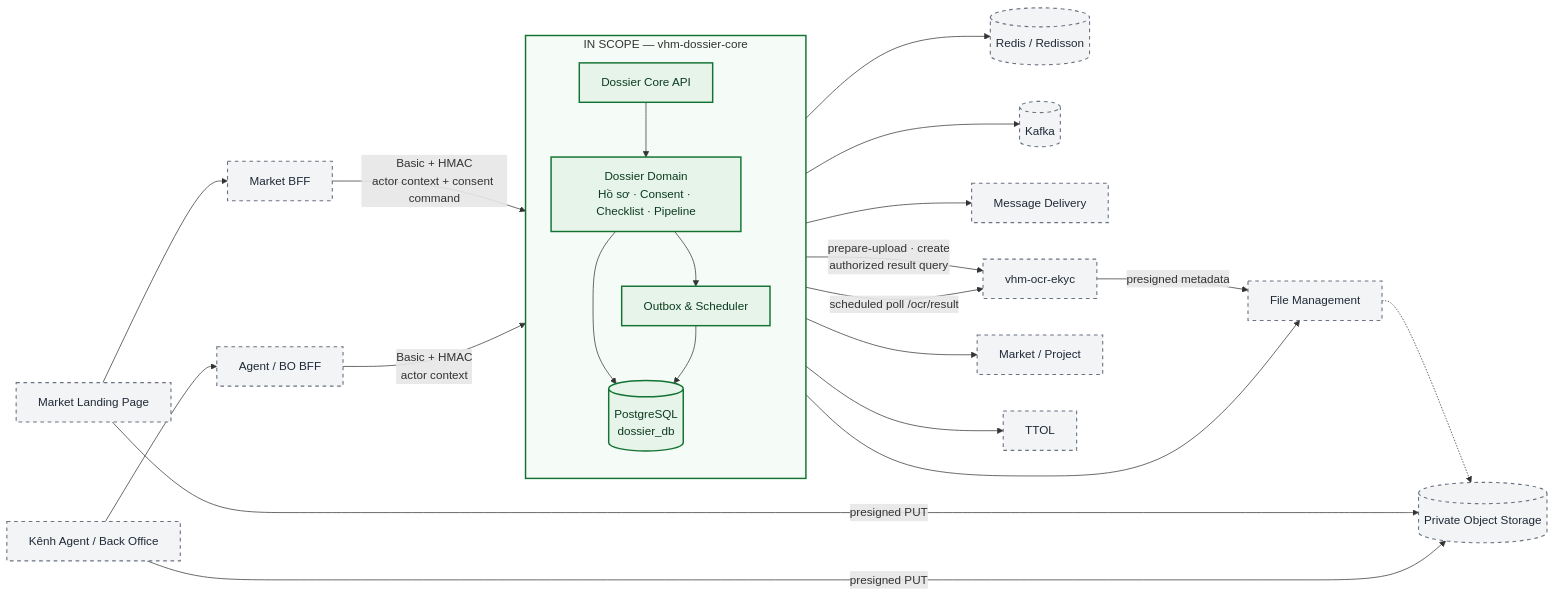
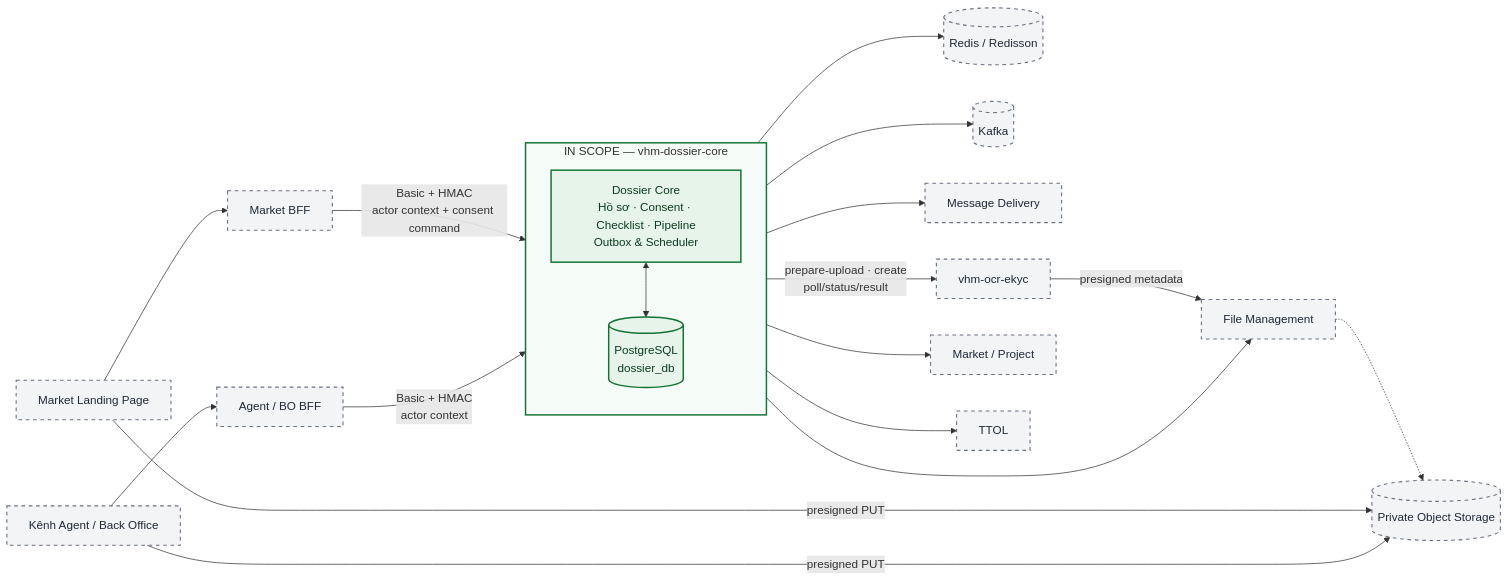
The second of 16 diagrams in tdd-dossier.md (huynv-xyz/vhm), drawn with Mermaid before and after one commit. The commit also changed other lines of this file, not shown here.

````diff
--- a/tdd-dossier.md
+++ b/tdd-dossier.md
@@ -241,40 +241,34 @@
 ```mermaid
 flowchart LR
     classDef inScope fill:#E6F4EA,stroke:#137333,stroke-width:2px,color:#0D3B1E
     classDef external fill:#F3F4F6,stroke:#6B7280,stroke-width:1.5px,stroke-dasharray:5 5,color:#1F2937
 
     Landing[Market Landing Page] --> MBFF[Market BFF]
     Channel[Kênh Agent / Back Office] --> ABFF[Agent / BO BFF]
 
     subgraph SCOPE[IN SCOPE — vhm-dossier-core]
         direction TB
-        API[Dossier Core API]
-        DOMAIN[Dossier Domain<br/>Hồ sơ · Consent · Checklist · Pipeline]
-        RELAY[Outbox & Scheduler]
+        CORE[Dossier Core<br/>Hồ sơ · Consent · Checklist · Pipeline<br/>Outbox & Scheduler]
         DB[(PostgreSQL<br/>dossier_db)]
 
-        API --> DOMAIN
-        DOMAIN --> DB
-        DOMAIN --> RELAY
-        RELAY --> DB
+        CORE <--> DB
     end
 
-    MBFF -->|Basic + HMAC<br/>actor context + consent command| API
-    ABFF -->|Basic + HMAC<br/>actor context| API
-    DOMAIN --> Redis[(Redis / Redisson)]
-    RELAY --> Kafka[(Kafka)]
-    RELAY --> Message[Message Delivery]
-    DOMAIN -->|prepare-upload · create<br/>authorized result query| OCR[vhm-ocr-ekyc]
-    RELAY -->|scheduled poll /ocr/result| OCR
-    DOMAIN --> File[File Management]
+    MBFF -->|Basic + HMAC<br/>actor context + consent command| CORE
+    ABFF -->|Basic + HMAC<br/>actor context| CORE
+    CORE --> Redis[(Redis / Redisson)]
+    CORE --> Kafka[(Kafka)]
+    CORE --> Message[Message Delivery]
+    CORE -->|prepare-upload · create<br/>poll/status/result| OCR[vhm-ocr-ekyc]
+    CORE --> File[File Management]
     OCR -->|presigned metadata| File
     File -.-> Store[(Private Object Storage)]
     Landing -->|presigned PUT| Store
     Channel -->|presigned PUT| Store
-    DOMAIN --> Project[Market / Project]
-    DOMAIN --> TTOL[TTOL]
+    CORE --> Project[Market / Project]
+    CORE --> TTOL[TTOL]
 
-    class API,DOMAIN,RELAY,DB inScope
+    class CORE,DB inScope
     class Landing,MBFF,Channel,ABFF,Redis,Kafka,Message,OCR,File,Store,Project,TTOL external
     style SCOPE fill:#F5FBF6,stroke:#137333,stroke-width:2px
 ```
````
